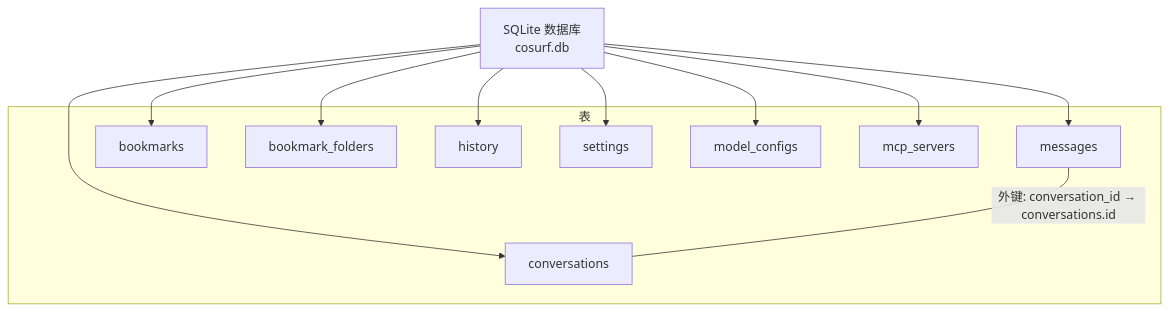
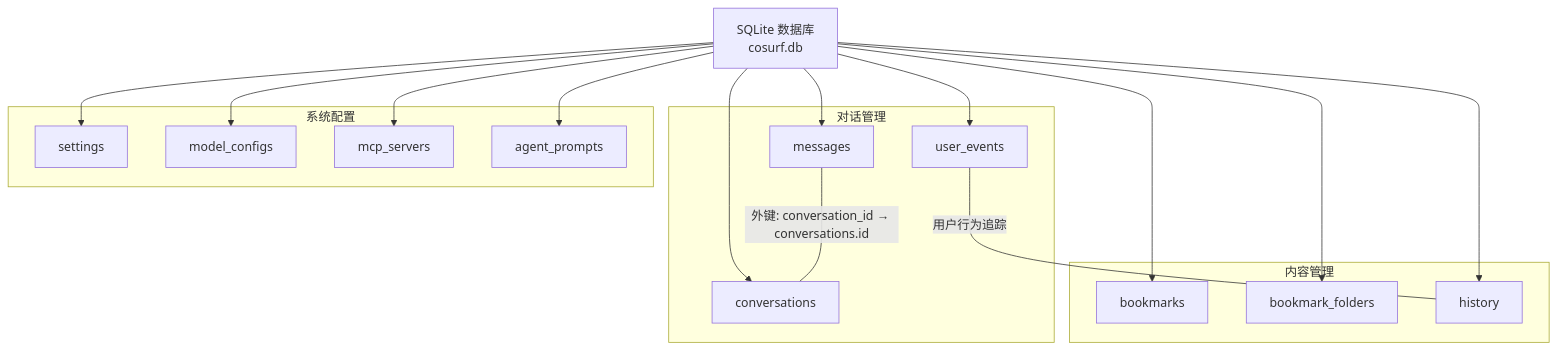
Before and after one commit to baike08/cosurf: the first of 3 diagrams in .qoder/repowiki/zh/content/数据库设计/表结构定义.md, drawn with Mermaid. The commit also changed other lines of this file and 23 other files, not shown here.

````diff
--- a/.qoder/repowiki/zh/content/数据库设计/表结构定义.md
+++ b/.qoder/repowiki/zh/content/数据库设计/表结构定义.md
@@ -39,23 +40,32 @@
 ```mermaid
 graph TB
 DB["SQLite 数据库<br/>cosurf.db"]
-subgraph "表"
+subgraph "对话管理"
 C["conversations"]
 M["messages"]
+UE["user_events"]
+end
+subgraph "内容管理"
 B["bookmarks"]
 BF["bookmark_folders"]
 H["history"]
+end
+subgraph "系统配置"
 S["settings"]
 MC["model_configs"]
 MS["mcp_servers"]
+AP["agent_prompts"]
 end
 DB --> C
 DB --> M
+DB --> UE
 DB --> B
 DB --> BF
 DB --> H
 DB --> S
 DB --> MC
 DB --> MS
+DB --> AP
 M ---|"外键: conversation_id → conversations.id"| C
+UE ---|"用户行为追踪"| H
 ```
````
